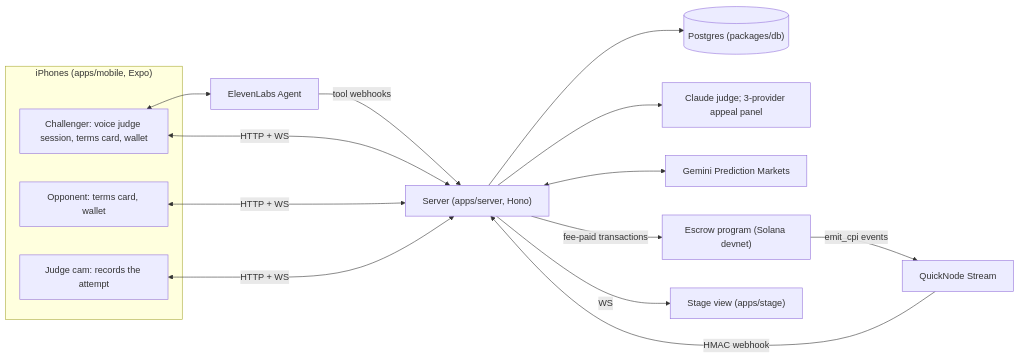
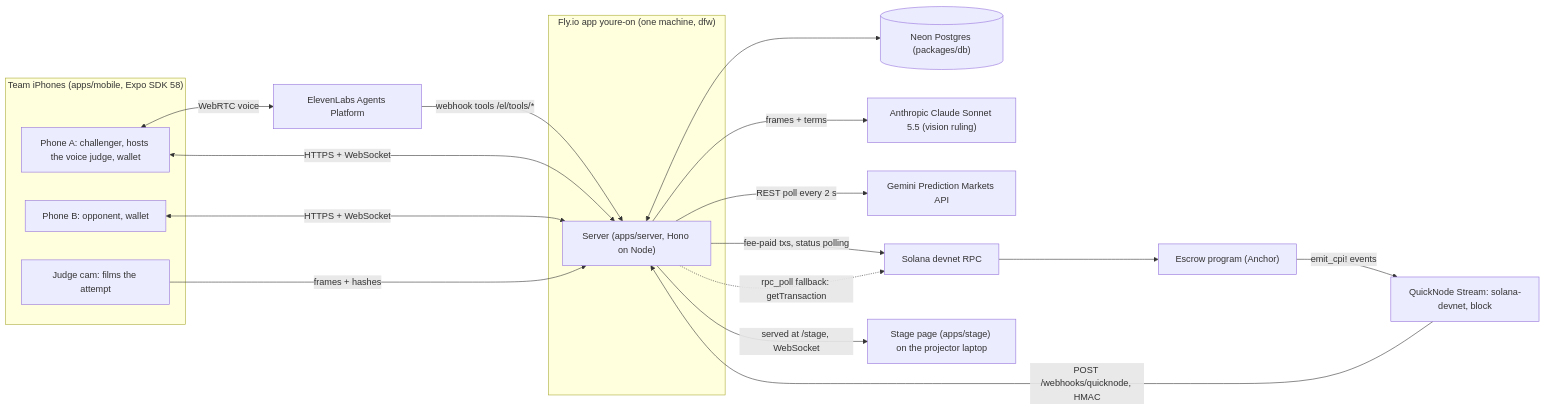
Before and after one commit to AlaricCode/YoureOn: the diagram in README.md, drawn with Mermaid. The commit also changed other lines of this file and 4 other files, not shown here.

````diff
--- a/README.md
+++ b/README.md
@@ -38,27 +54,34 @@
 ```mermaid
 flowchart LR
-  subgraph Phones["iPhones (apps/mobile, Expo)"]
-    A["Challenger: voice judge session, terms card, wallet"]
-    B["Opponent: terms card, wallet"]
-    J["Judge cam: records the attempt"]
+  subgraph Phones["Team iPhones (apps/mobile, Expo SDK 58)"]
+    A["Phone A: challenger, hosts the voice judge, wallet"]
+    B["Phone B: opponent, wallet"]
+    J["Judge cam: films the attempt"]
   end
-  S["Server (apps/server, Hono)"]
-  DB[("Postgres (packages/db)")]
-  EL["ElevenLabs Agent"]
-  AI["Claude judge; 3-provider appeal panel"]
-  G["Gemini Prediction Markets"]
-  P["Escrow program (Solana devnet)"]
-  Q["QuickNode Stream"]
-  ST["Stage view (apps/stage)"]
+  subgraph Fly["Fly.io app youre-on (one machine, dfw)"]
+    S["Server (apps/server, Hono on Node)"]
+  end
+  DB[("Neon Postgres (packages/db)")]
+  EL["ElevenLabs Agents Platform"]
+  AI["Anthropic Claude Sonnet 5.5 (vision ruling)"]
+  G["Gemini Prediction Markets API"]
+  RPC["Solana devnet RPC"]
+  P["Escrow program (Anchor)"]
+  Q["QuickNode Stream: solana-devnet, block"]
+  ST["Stage page (apps/stage) on the projector laptop"]
 
-  A <--> EL
-  EL -- "tool webhooks" --> S
-  A & B & J <-- "HTTP + WS" --> S
-  S --> DB
-  S --> AI
-  S <--> G
-  S -- "fee-paid transactions" --> P
-  P -- "emit_cpi events" --> Q
-  Q -- "HMAC webhook" --> S
-  S -- "WS" --> ST
+  A <-->|"WebRTC voice"| EL
+  EL -->|"webhook tools /el/tools/*"| S
+  A <-->|"HTTPS + WebSocket"| S
+  B <-->|"HTTPS + WebSocket"| S
+  J -->|"frames + hashes"| S
+  S <--> DB
+  S -->|"frames + terms"| AI
+  S -->|"REST poll every 2 s"| G
+  S -->|"fee-paid txs, status polling"| RPC
+  RPC --> P
+  P -->|"emit_cpi! events"| Q
+  Q -->|"POST /webhooks/quicknode, HMAC"| S
+  S -.->|"rpc_poll fallback: getTransaction"| RPC
+  S -->|"served at /stage, WebSocket"| ST
 ```
````
